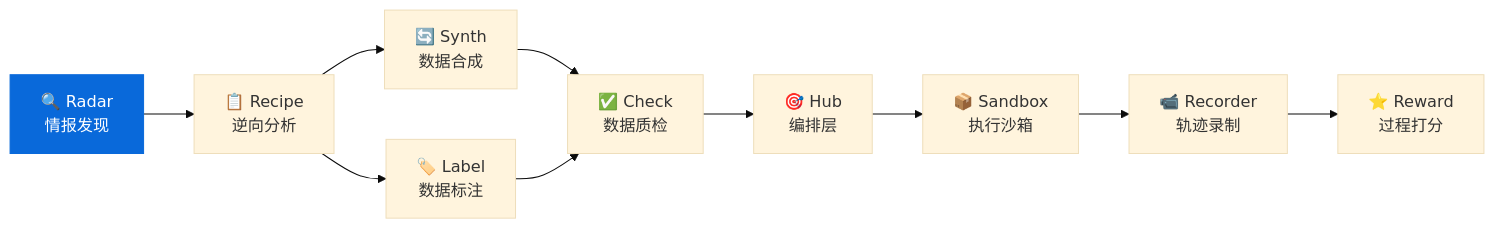
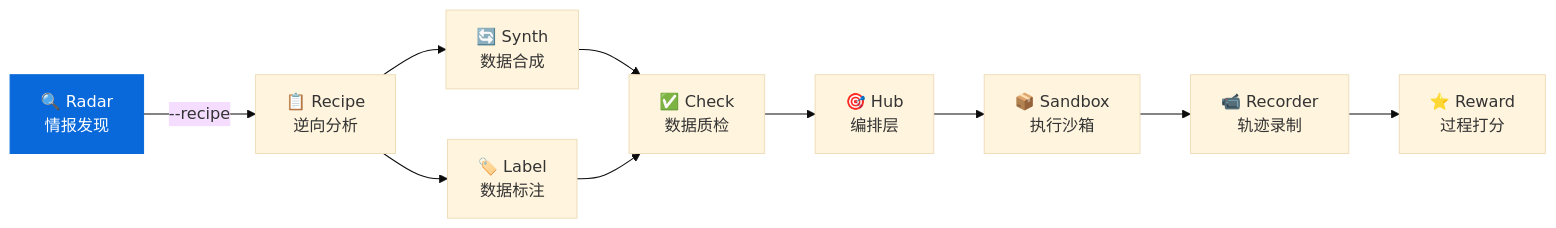
The second of 3 diagrams in README.md (liuxiaotong/ai-dataset-radar), drawn with Mermaid (base theme) before and after one commit. The commit also changed other lines of this file, not shown here.

First line of the commit message:
docs: 更新 README — recipe 联动说明, 日期子目录, 架构补全

````diff
--- a/README.md
+++ b/README.md
@@ -544,13 +545,13 @@
 ```mermaid
 graph LR
-    Radar["🔍 Radar<br/>情报发现"] --> Recipe["📋 Recipe<br/>逆向分析"]
+    Radar["🔍 Radar<br/>情报发现"] -->|--recipe| Recipe["📋 Recipe<br/>逆向分析"]
     Recipe --> Synth["🔄 Synth<br/>数据合成"]
     Recipe --> Label["🏷️ Label<br/>数据标注"]
     Synth --> Check["✅ Check<br/>数据质检"]
     Label --> Check
     Check --> Hub["🎯 Hub<br/>编排层"]
     Hub --> Sandbox["📦 Sandbox<br/>执行沙箱"]
     Sandbox --> Recorder["📹 Recorder<br/>轨迹录制"]
     Recorder --> Reward["⭐ Reward<br/>过程打分"]
     style Radar fill:#0969da,color:#fff,stroke:#0969da
 ```
````
